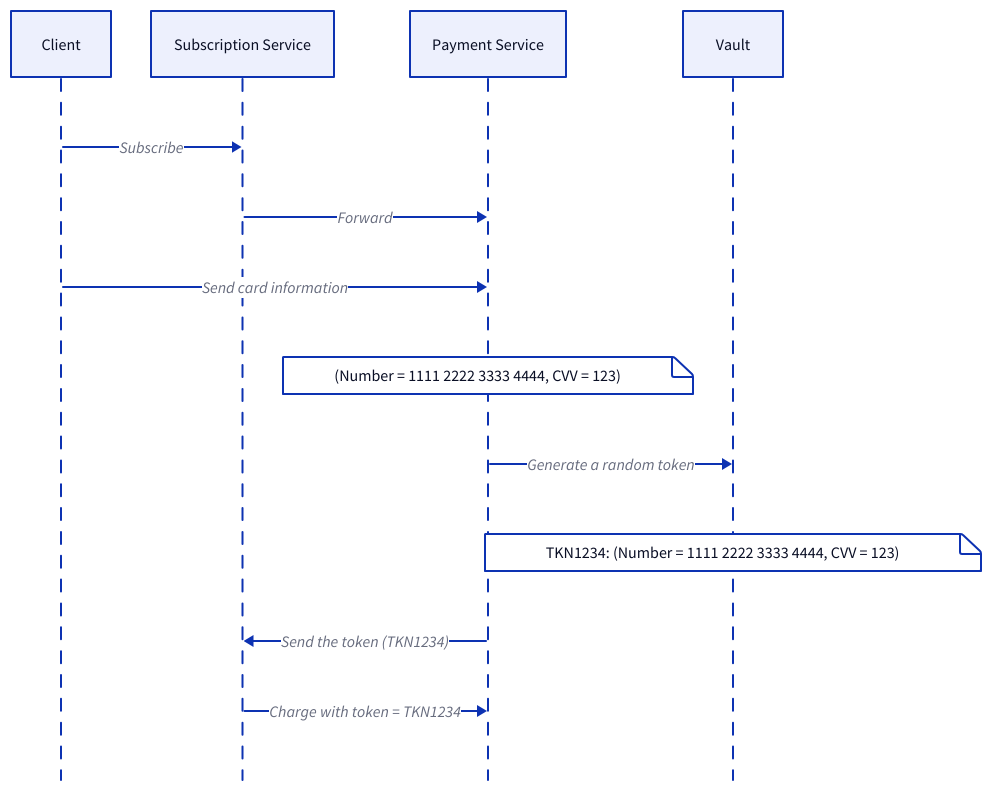
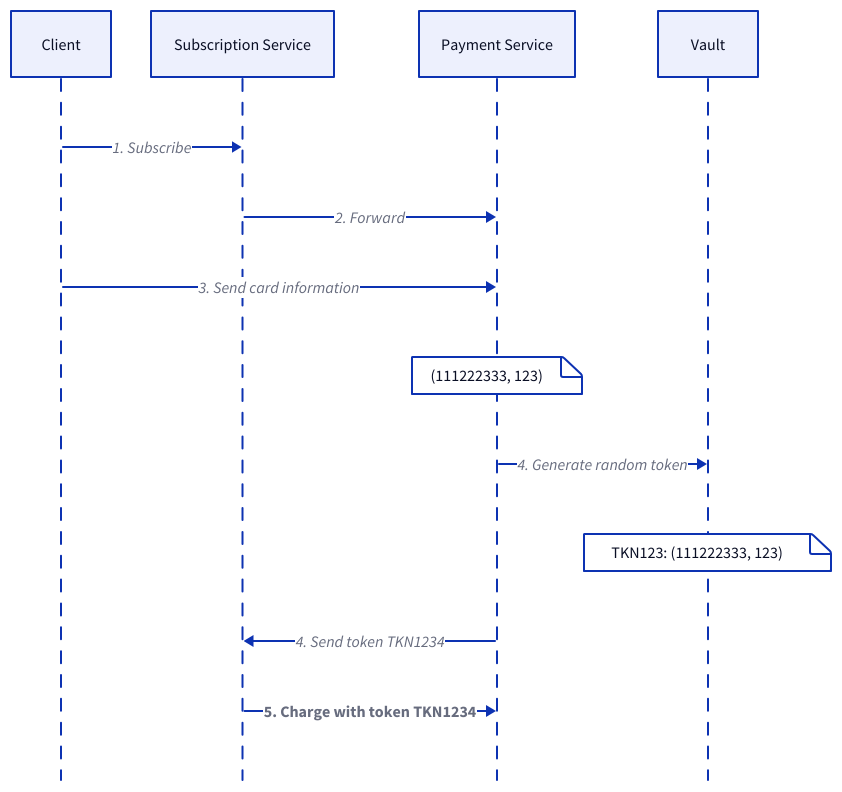
One commit to link1905/system-design-101 changed the second of 11 diagrams in content/docs/system-administration/system-protection/data-security.md. Above: the diagram before and after it, drawn with D2. The commit also changed other lines of this file and 4 other files, not shown here.

````diff
--- a/content/docs/system-administration/system-protection/data-security.md
+++ b/content/docs/system-administration/system-protection/data-security.md
@@ -124,24 +122,26 @@
 ```d2
 shape: sequence_diagram
 c: Client { class: client }
 s: Subscription Service { class: server }
-p: Payment Service { class: server }
-v: Vault { class: db }
+p: Payment Service
+v: Vault
 
-c -> s: Subscribe
-s -> p: Forward
-c -> p: Send card information
+c -> s: 1. Subscribe
+s -> p: 2. Forward
+c -> p: 3. Send card information
 p {
-    k: |||yaml
-    (Number = 1111 2222 3333 4444, CVV = 123)
-    |||
+  k: |||yaml
+  (111222333, 123)
+  |||
 }
-p -> v: Generate a random token
+p -> v: 4. Generate random token
 v {
-    k: |||yaml
-    TKN1234: (Number = 1111 2222 3333 4444, CVV = 123)
-    |||
+  k: |||yaml
+  TKN123: (111222333, 123)
+  |||
 }
-p -> s: Send the token (TKN1234)
-s -> p: Charge with token = TKN1234
+p -> s: 4. Send token TKN1234
+s -> p: 5. Charge with token TKN1234 {
+  style.bold: true
+}
 ```
````
